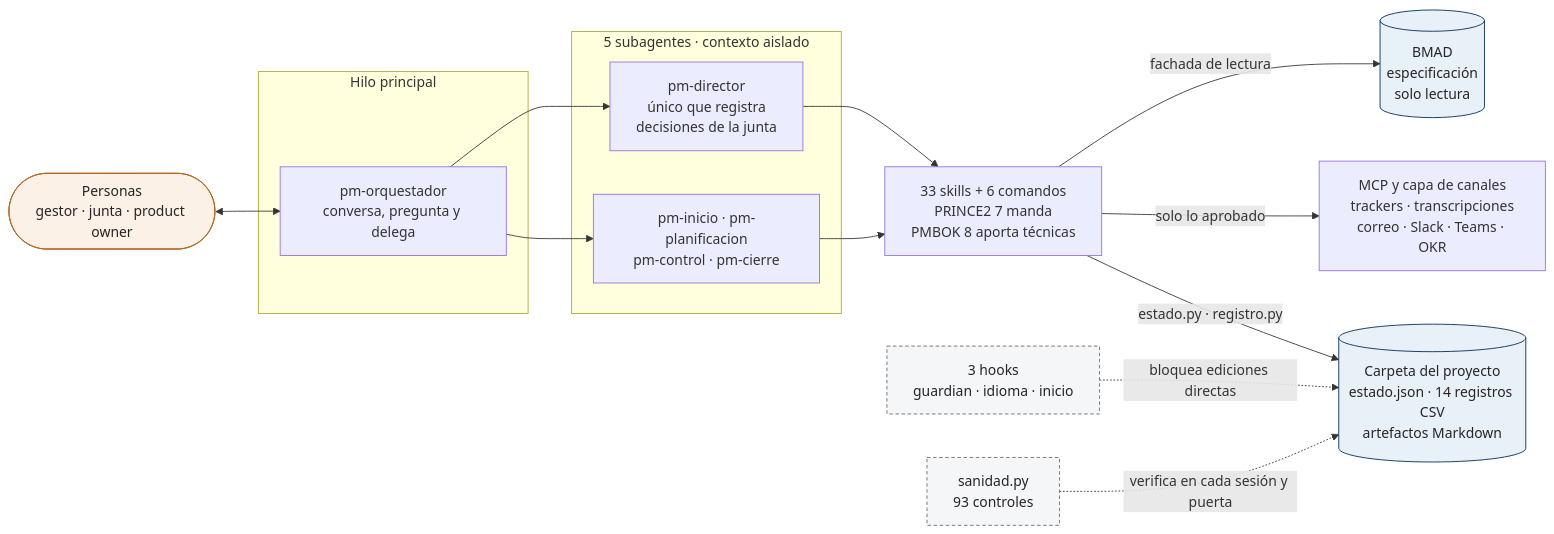
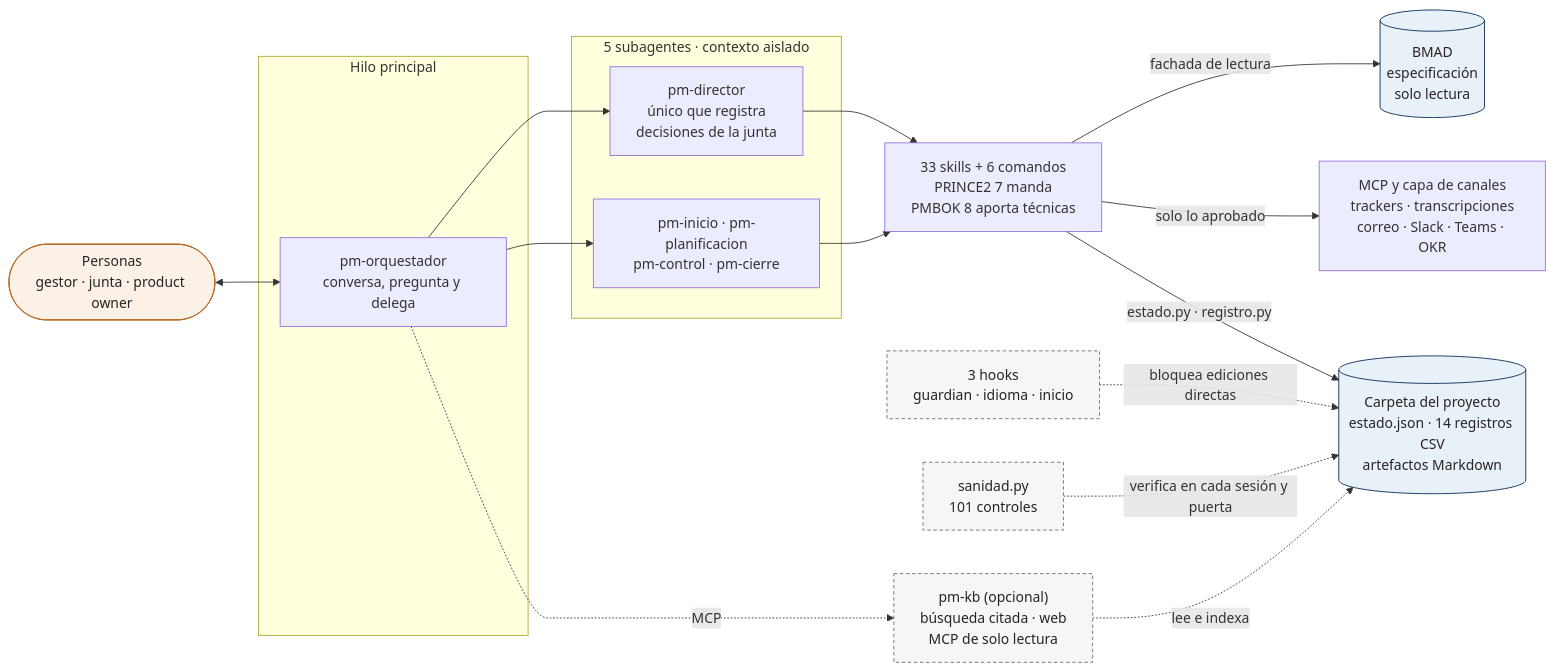
Before and after one commit to Arturo-Penas-Rial/pm-method: the diagram in docs/resumen-ejecutivo/fuente/diagramas/arquitectura.mmd, drawn with Mermaid. The commit also changed 277 other files, not shown here.

Commit message:
pm-method 2.6.0: decisiones con contexto, vigencia y bitácora, mapas y decisiones, y pm-kb (búsqueda citada, web y MCP)

```diff
--- a/docs/resumen-ejecutivo/fuente/diagramas/arquitectura.mmd
+++ b/docs/resumen-ejecutivo/fuente/diagramas/arquitectura.mmd
@@ -1,31 +1,34 @@
 flowchart LR
     U(["Personas<br/>gestor · junta · product owner"])
     subgraph HP["Hilo principal"]
         O["pm-orquestador<br/>conversa, pregunta y delega"]
     end
     subgraph SA["5 subagentes · contexto aislado"]
         D["pm-director<br/>único que registra<br/>decisiones de la junta"]
         F["pm-inicio · pm-planificacion<br/>pm-control · pm-cierre"]
     end
     S["33 skills + 6 comandos<br/>PRINCE2 7 manda<br/>PMBOK 8 aporta técnicas"]
     B[("BMAD<br/>especificación<br/>solo lectura")]
     M["MCP y capa de canales<br/>trackers · transcripciones<br/>correo · Slack · Teams · OKR"]
     P[("Carpeta del proyecto<br/>estado.json · 14 registros CSV<br/>artefactos Markdown")]
+    K["pm-kb (opcional)<br/>búsqueda citada · web<br/>MCP de solo lectura"]
     H["3 hooks<br/>guardian · idioma · inicio"]
-    C["sanidad.py<br/>93 controles"]
+    C["sanidad.py<br/>101 controles"]
     U <--> O
     O --> D
     O --> F
     D --> S
     F --> S
     S -->|"fachada de lectura"| B
     S -->|"solo lo aprobado"| M
     S -->|"estado.py · registro.py"| P
     H -.->|"bloquea ediciones directas"| P
     C -.->|"verifica en cada sesión y puerta"| P
+    K -.->|"lee e indexa"| P
+    O -.->|"MCP"| K
     classDef gente fill:#FBF1E6,stroke:#B5651D,color:#272425
     classDef dato fill:#E9F1F8,stroke:#002855,color:#272425
     classDef guarda fill:#F4F6F8,stroke:#696969,color:#272425,stroke-dasharray:4 3
     class U gente
     class P,B dato
-    class H,C guarda
+    class H,C,K guarda
```
